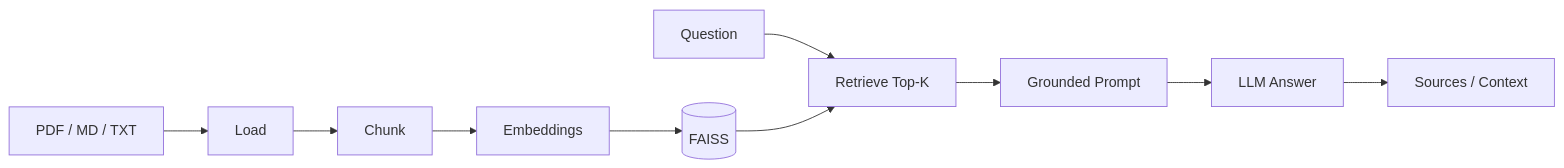
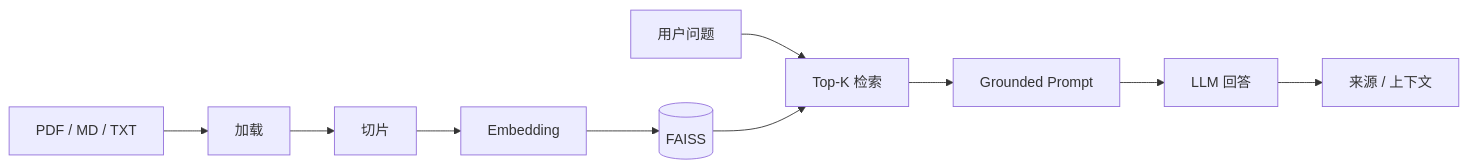
Before and after one commit to Dream22180971/rag-knowledge-base-demo: the diagram in README.md, drawn with Mermaid. The commit also changed other lines of this file and 4 other files, not shown here.

````diff
--- a/README.md
+++ b/README.md
@@ -57,12 +57,12 @@
 ```mermaid
 flowchart LR
-    A[PDF / MD / TXT] --> B[Load]
-    B --> C[Chunk]
-    C --> D[Embeddings]
+    A[PDF / MD / TXT] --> B[加载]
+    B --> C[切片]
+    C --> D[Embedding]
     D --> E[(FAISS)]
-    Q[Question] --> F[Retrieve Top-K]
+    Q[用户问题] --> F[Top-K 检索]
     E --> F
     F --> G[Grounded Prompt]
-    G --> H[LLM Answer]
-    H --> I[Sources / Context]
+    G --> H[LLM 回答]
+    H --> I[来源 / 上下文]
 ```
````
